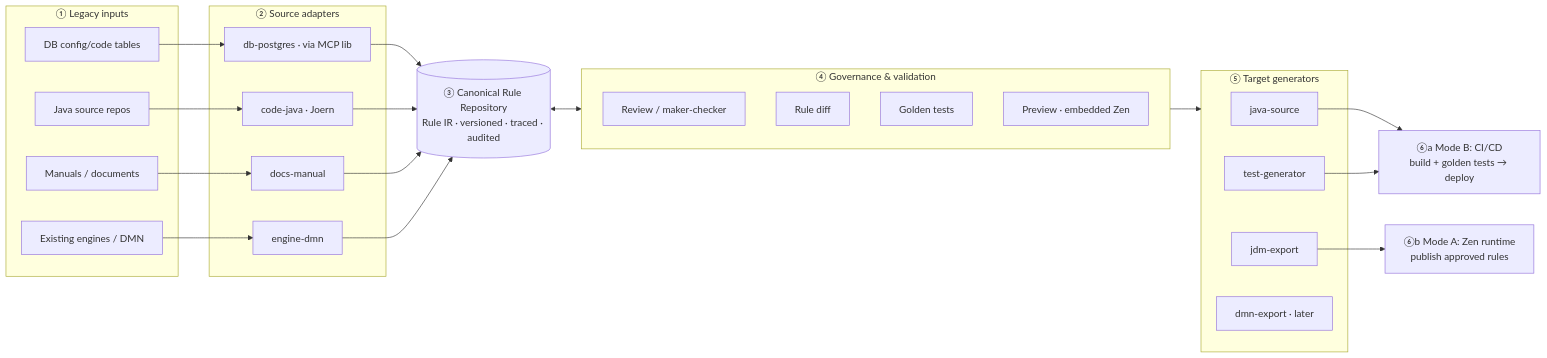
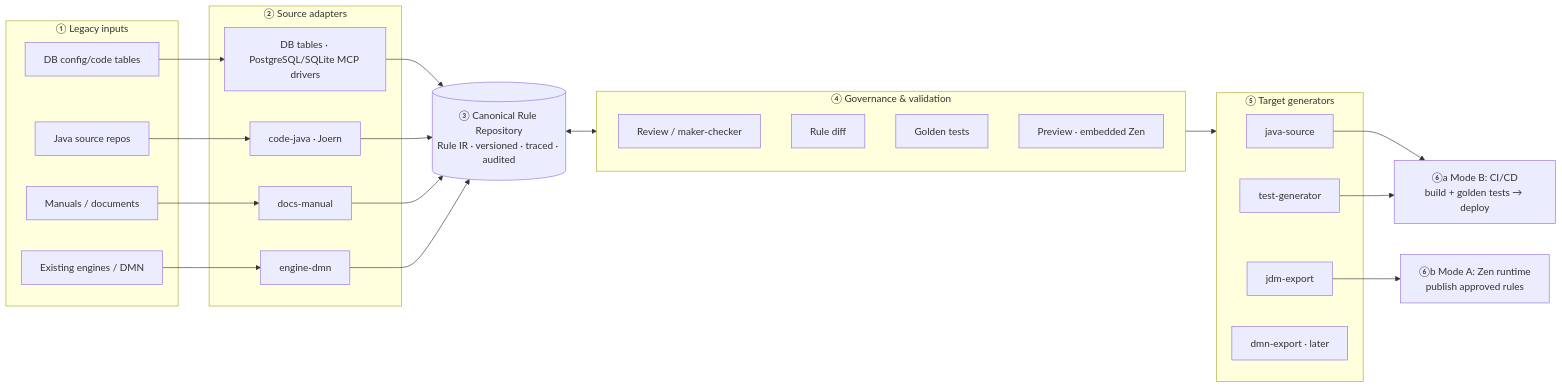
The diagram in architecture.md (ToanLM1/rule), drawn with Mermaid before and after one commit. The commit also changed other lines of this file and 4 other files, not shown here.

Commit message:
docs(phase2): align architecture and operational boundaries

````diff
--- a/architecture.md
+++ b/architecture.md
@@ -117,40 +117,40 @@
 ```mermaid
 flowchart LR
     subgraph IN["① Legacy inputs"]
         A1[DB config/code tables]
         A2[Java source repos]
         A3[Manuals / documents]
         A4[Existing engines / DMN]
     end
     subgraph SA["② Source adapters"]
-        B1[db-postgres · via MCP lib]
+        B1[DB tables · PostgreSQL/SQLite MCP drivers]
         B2[code-java · Joern]
         B3[engine-dmn]
         B4[docs-manual]
     end
     C[("③ Canonical Rule Repository<br/>Rule IR · versioned · traced · audited")]
     subgraph GV["④ Governance & validation"]
         D1[Review / maker-checker]
         D2[Rule diff]
         D3[Golden tests]
         D4[Preview · embedded Zen]
     end
     subgraph TG["⑤ Target generators"]
         E1[java-source]
         E2[jdm-export]
         E3[test-generator]
         E4[dmn-export · later]
     end
     F1["⑥a Mode B: CI/CD<br/>build + golden tests → deploy"]
     F2["⑥b Mode A: Zen runtime<br/>publish approved rules"]
 
     A1-->B1 --> C
     A2-->B2 --> C
     A3-->B4 --> C
     A4-->B3 --> C
     C<-->GV
     GV-->TG
     E1-->F1
     E3-->F1
     E2-->F2
 ```
````
